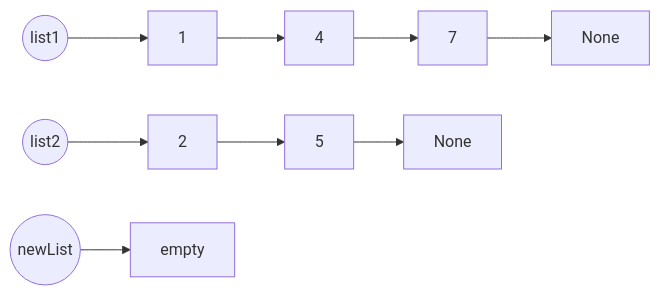
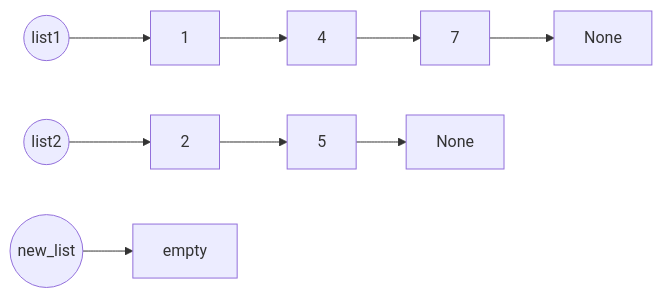
Before and after one commit to YJwong325/leetcode-solutions: the first of 9 diagrams in hard/23_merge_k_sorted_lists.md, drawn with Mermaid. The commit also changed other lines of this file and 1 other file, not shown here.

First line of the commit message:
fix: [LC 23] move display method out of the LinkedList class

````diff
--- a/hard/23_merge_k_sorted_lists.md
+++ b/hard/23_merge_k_sorted_lists.md
@@ -11,33 +11,33 @@
 ```mermaid
 flowchart LR
     %% List 1 pointers
     l1_ptr((list1))
 
     %% List 1 nodes
     l1_node1[1]
     l1_node2[4]
     l1_node3[7]
     l1_node4[None]
 
     l1_node1 --> l1_node2 --> l1_node3 --> l1_node4
     l1_ptr --> l1_node1
 
     %% List 2 pointers
     l2_ptr((list2))
 
     %% List 2 nodes
     l2_node1[2]
     l2_node2[5]
     l2_node3[None]
 
     l2_node1 --> l2_node2 --> l2_node3
     l2_ptr --> l2_node1
 
     %% New list pointers
-    nl_nodePtr((newList))
+    nl_nodePtr((new_list))
 
     %% New list nodes
     nl_head[empty]
 
     nl_nodePtr --> nl_head
 ```
````
